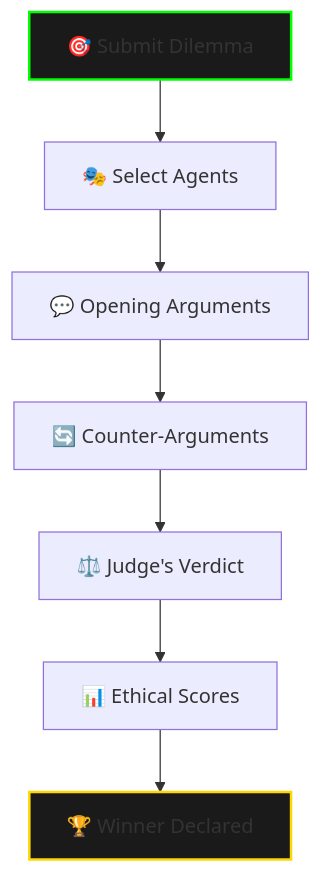
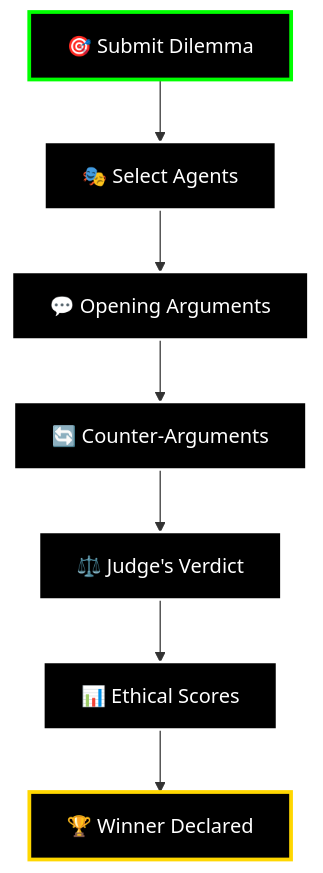
One commit to khattam/MirrorMind-AI changed the first of 5 diagrams in README.md. Above: the diagram before and after it, drawn with Mermaid. The commit also changed other lines of this file, not shown here.

Commit message:
Fix README: change to MirrorMind, add Groq, fix diagram colors, center align features, remove quality scores

````diff
--- a/README.md
+++ b/README.md
@@ -54,12 +57,17 @@
 ```mermaid
 graph TD
     A[🎯 Submit Dilemma] --> B[🎭 Select Agents]
     B --> C[💬 Opening Arguments]
     C --> D[🔄 Counter-Arguments]
     D --> E[⚖️ Judge's Verdict]
     E --> F[📊 Ethical Scores]
     F --> G[🏆 Winner Declared]
     
-    style A fill:#1a1a1a,stroke:#00ff00,stroke-width:2px
-    style G fill:#1a1a1a,stroke:#ffd700,stroke-width:2px
+    style A fill:#000000,stroke:#00ff00,stroke-width:3px,color:#ffffff
+    style B fill:#000000,stroke:#ffffff,stroke-width:2px,color:#ffffff
+    style C fill:#000000,stroke:#ffffff,stroke-width:2px,color:#ffffff
+    style D fill:#000000,stroke:#ffffff,stroke-width:2px,color:#ffffff
+    style E fill:#000000,stroke:#ffffff,stroke-width:2px,color:#ffffff
+    style F fill:#000000,stroke:#ffffff,stroke-width:2px,color:#ffffff
+    style G fill:#000000,stroke:#ffd700,stroke-width:3px,color:#ffffff
 ```
````
